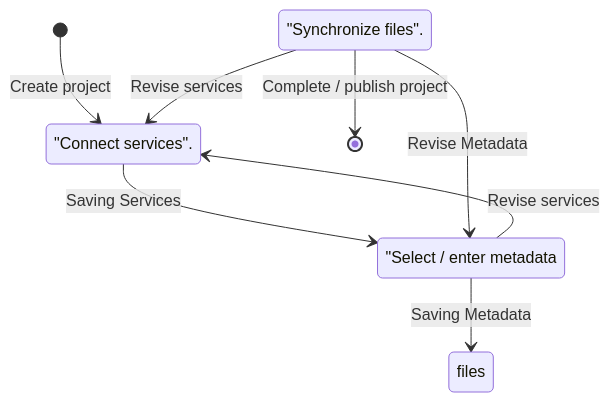
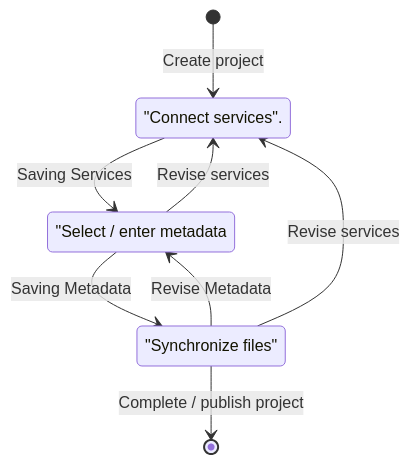
Before and after one commit to Sciebo-RDS/Sciebo-RDS: the second of 2 diagrams in docs/content/doc/impl/plugins/owncloud.md, drawn with Mermaid.

````diff
--- a/docs/content/doc/impl/plugins/owncloud.md
+++ b/docs/content/doc/impl/plugins/owncloud.md
@@ -100,17 +100,17 @@
 ```mermaid
 stateDiagram
 
 Service: "Connect services".
 Metadata: "Select / enter metadata
-Files: "Synchronize files".
+Files: "Synchronize files"
 
 [*] --> Service: Create project
 Service --> Metadata: Saving Services
-Metadata --> files: Saving Metadata
+Metadata --> Files: Saving Metadata
 Files --> [*]: Complete / publish project
 
 Metadata --> Service: Revise services
 Files --> Metadata: Revise Metadata
 Files --> Service: Revise services
 
 ```
````
